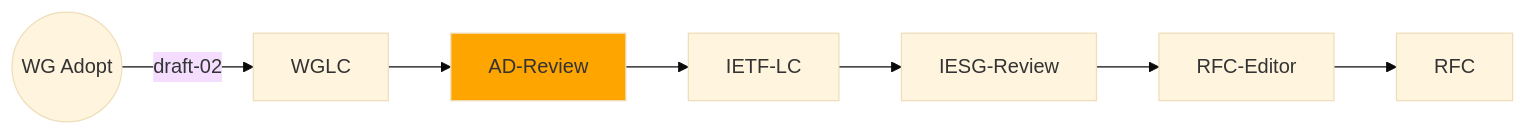
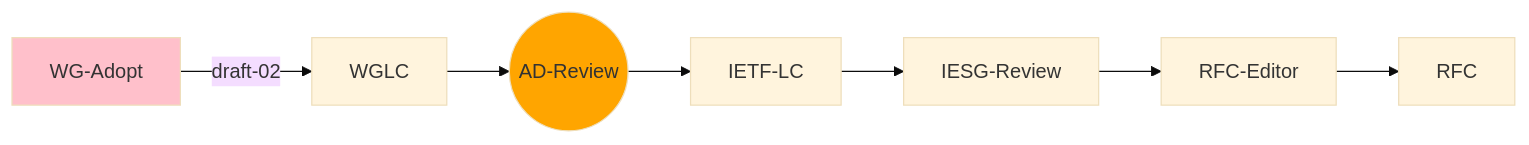
One commit to ietf-wg-httpapi/ietf-wg-httpapi.github.io changed the seventh of 8 diagrams in index.md. Above: the diagram before and after it, drawn with Mermaid (base theme). The commit also changed other lines of this file, not shown here.

````diff
--- a/index.md
+++ b/index.md
@@ -118,13 +118,14 @@
 ```mermaid
 graph LR
     classDef current fill:orange
     classDef lastIETF fill:pink
 
-    WG-Adopt((WG Adopt)) --draft-02--> WGLC
-    WGLC --> AD-Review
+    WG-Adopt --draft-02--> WGLC
+    WGLC --> AD-Review((AD-Review))
     class AD-Review current
+    class WG-Adopt lastIETF
     AD-Review --> IETF-LC
     IETF-LC --> IESG-Review
     IESG-Review --> RFC-Editor
     RFC-Editor --> RFC    
 ```
````
